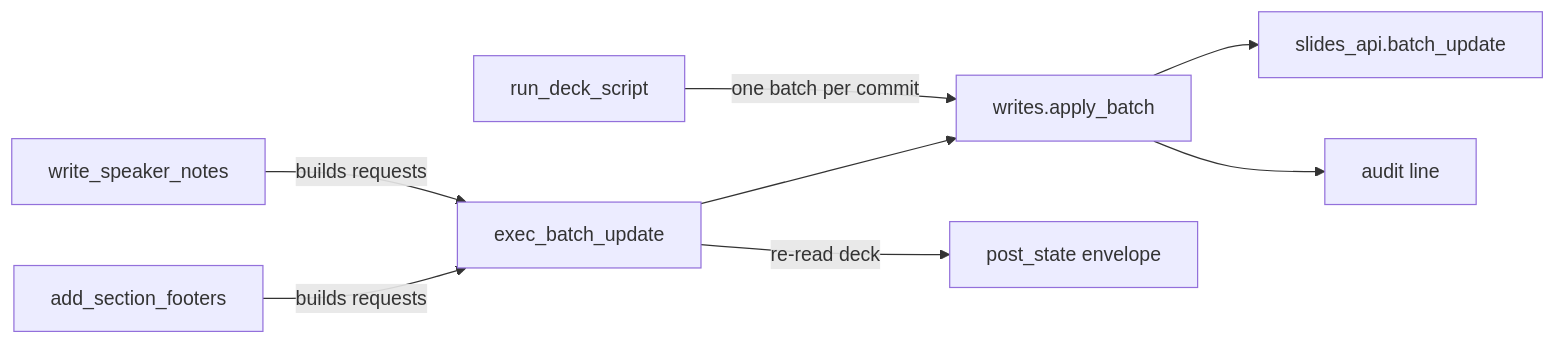
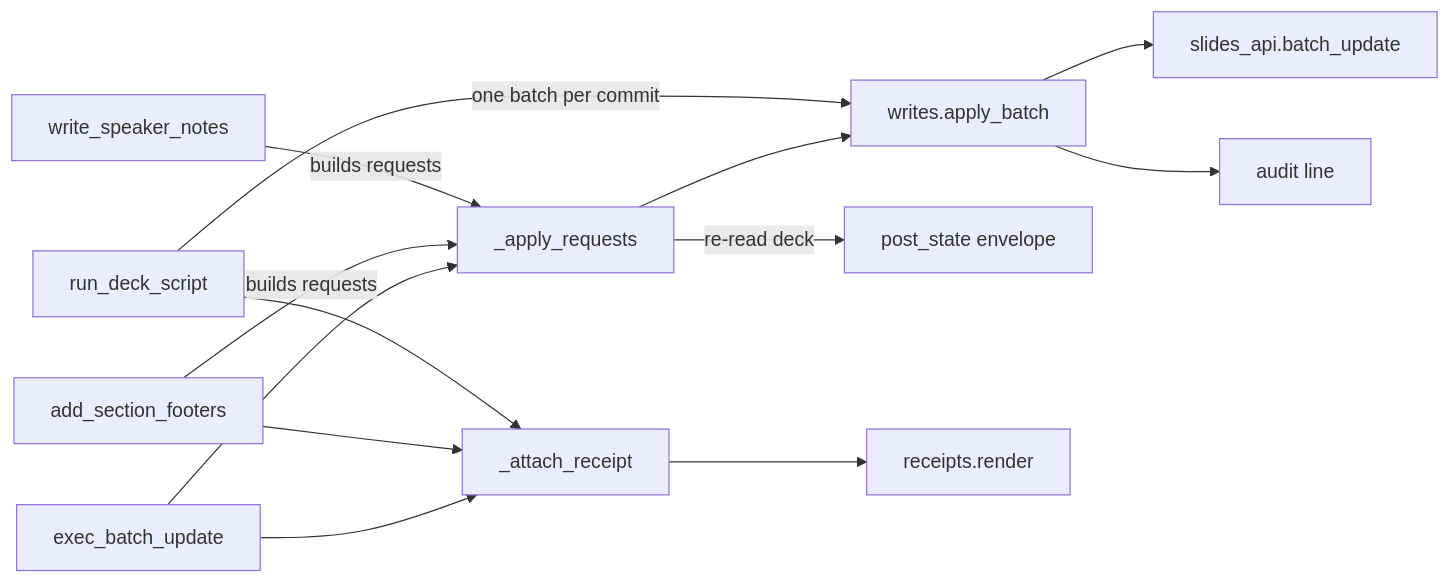
The diagram in docs/architecture/write-wedge.md (luutuankiet/slides-mcp), drawn with Mermaid before and after one commit. The commit also changed other lines of this file and 9 other files, not shown here.

Commit message:
docs: write receipts in the architecture pages, deploy guide, skill and release notes

````diff
--- a/docs/architecture/write-wedge.md
+++ b/docs/architecture/write-wedge.md
@@ -12,10 +12,15 @@
 ```mermaid
 flowchart LR
-  footers[add_section_footers] -->|builds requests| ebu[exec_batch_update]
-  notes[write_speaker_notes] -->|builds requests| ebu
-  ebu --> apply[writes.apply_batch]
+  ebu[exec_batch_update] --> ar[_apply_requests]
+  footers[add_section_footers] -->|builds requests| ar
+  notes[write_speaker_notes] -->|builds requests| ar
+  ar --> apply[writes.apply_batch]
   script[run_deck_script] -->|one batch per commit| apply
   apply --> api[slides_api.batch_update]
   apply --> audit[audit line]
-  ebu -->|re-read deck| post[post_state envelope]
+  ar -->|re-read deck| post[post_state envelope]
+  ebu --> receipt[_attach_receipt]
+  footers --> receipt
+  script --> receipt
+  receipt --> thumbs[receipts.render]
 ```
````
